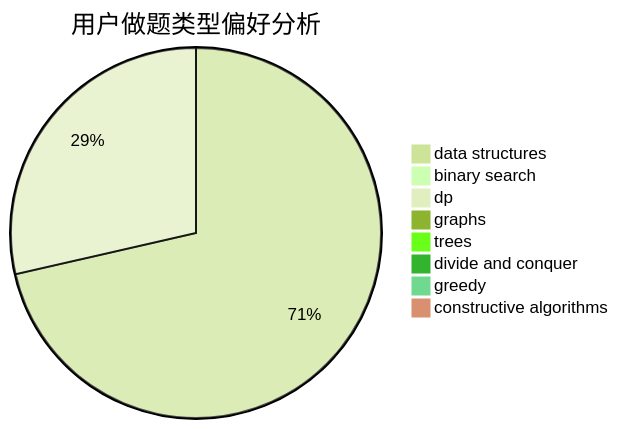
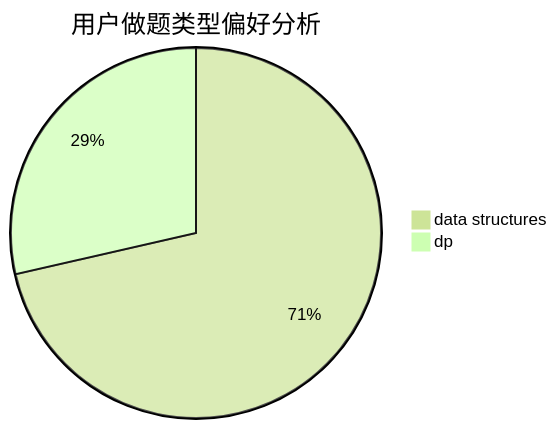
Before and after one commit to sherpahu/cfrs.github.io: the second of 3 diagrams in docs/user/u896.md, drawn with Mermaid (forest theme). The commit also changed other lines of this file and 2770 other files, not shown here.

````diff
--- a/docs/user/u896.md
+++ b/docs/user/u896.md
@@ -18,11 +14,5 @@
 ```mermaid
 pie title 用户做题类型偏好分析
     "data structures" :  5
-    "binary search" :  0
     "dp" :  2
-    "graphs" :  0
-    "trees" :  0
-    "divide and conquer" :  0
-    "greedy" :  0
-    "constructive algorithms" :  0
 ```
````
